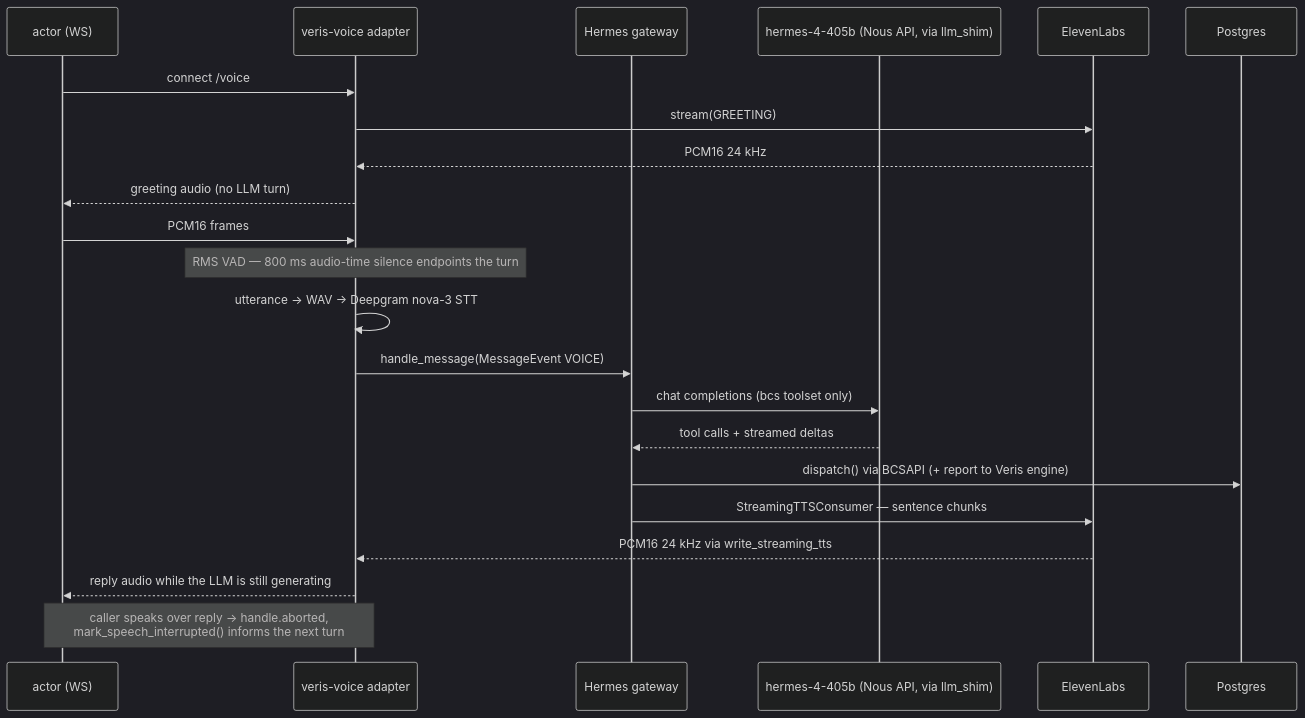
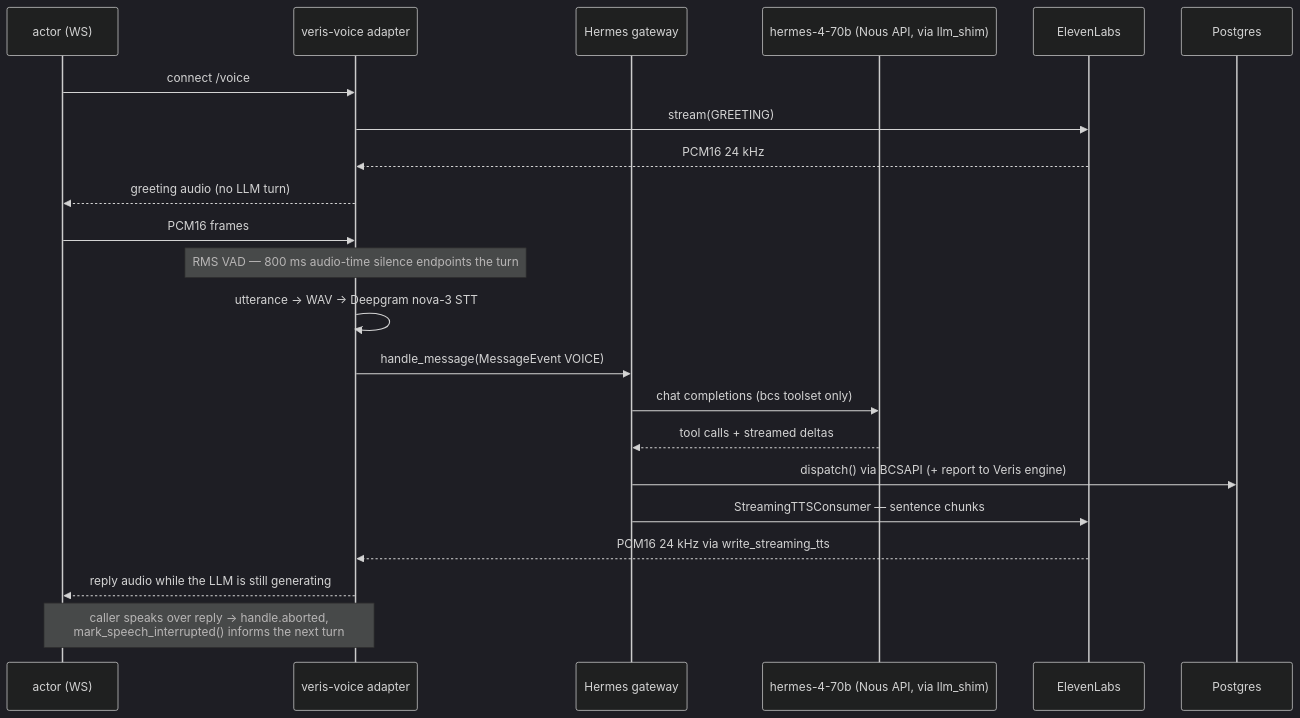
One commit to veris-ai/riley-agent changed the diagram in hermes/app/README.md. Above: the diagram before and after it, drawn with Mermaid (dark theme). The commit also changed 6 other files, not shown here.

````diff
--- a/hermes/app/README.md
+++ b/hermes/app/README.md
@@ -24,25 +24,25 @@
 ```mermaid
 sequenceDiagram
     participant A as actor (WS)
     participant P as veris-voice adapter
     participant G as Hermes gateway
-    participant L as hermes-4-405b (Nous API, via llm_shim)
+    participant L as hermes-4-70b (Nous API, via llm_shim)
     participant E as ElevenLabs
     participant D as Postgres
 
     A->>P: connect /voice
     P->>E: stream(GREETING)
     E-->>P: PCM16 24 kHz
     P-->>A: greeting audio (no LLM turn)
     A->>P: PCM16 frames
     Note over P: RMS VAD — 800 ms audio-time silence endpoints the turn
     P->>P: utterance → WAV → Deepgram nova-3 STT
     P->>G: handle_message(MessageEvent VOICE)
     G->>L: chat completions (bcs toolset only)
     L-->>G: tool calls + streamed deltas
     G->>D: dispatch() via BCSAPI (+ report to Veris engine)
     G->>E: StreamingTTSConsumer — sentence chunks
     E-->>P: PCM16 24 kHz via write_streaming_tts
     P-->>A: reply audio while the LLM is still generating
     Note over A,P: caller speaks over reply → handle.aborted,<br/>mark_speech_interrupted() informs the next turn
 ```
````
